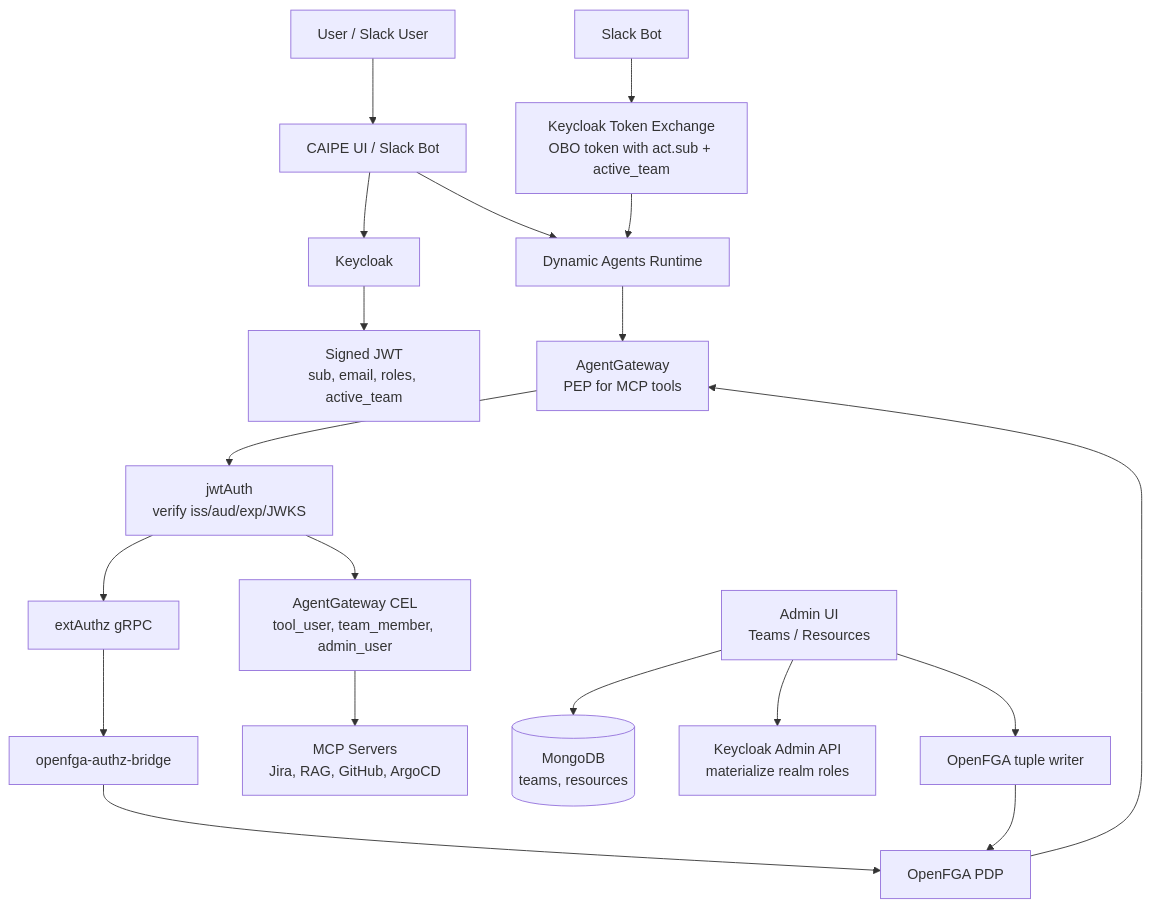
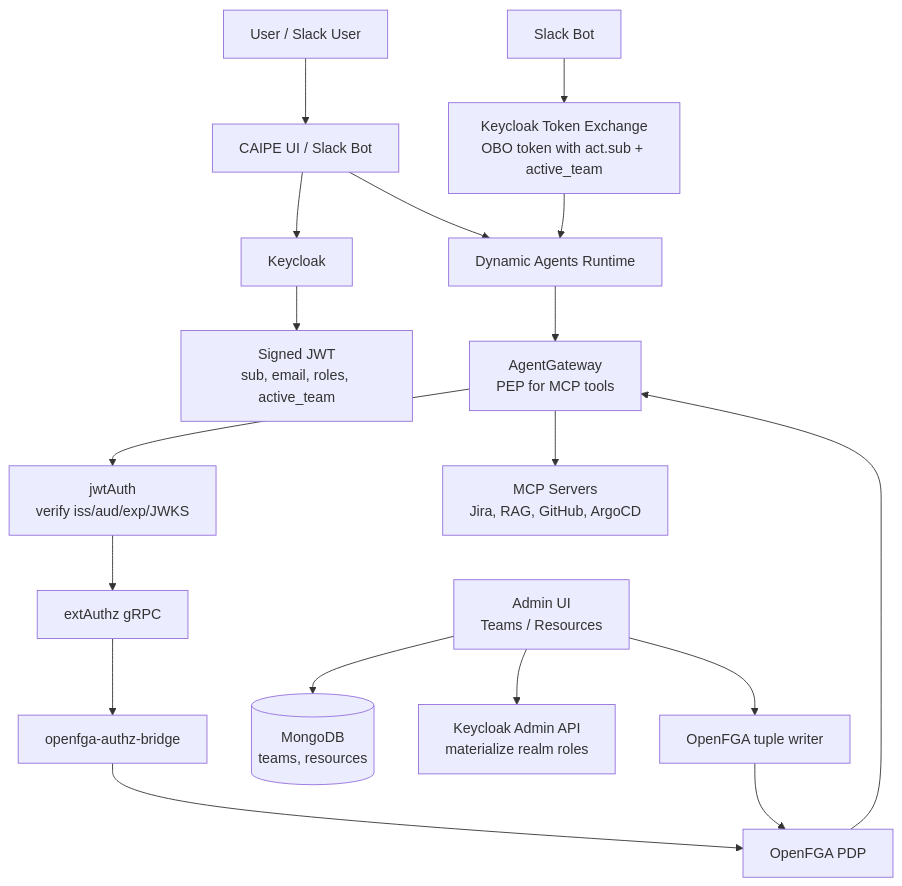
One commit to cnoe-io/ai-platform-engineering changed the first of 4 diagrams in docs/docs/security/rbac/comprehensive-rbac-refactor.md. Above: the diagram before and after it, drawn with Mermaid. The commit also changed other lines of this file and 8 other files, not shown here.

````diff
--- a/docs/docs/security/rbac/comprehensive-rbac-refactor.md
+++ b/docs/docs/security/rbac/comprehensive-rbac-refactor.md
@@ -26,27 +28,26 @@
 ```mermaid
 flowchart TD
   User[User / Slack User] --> UI[CAIPE UI / Slack Bot]
 
   UI --> KC[Keycloak]
   KC --> JWT[Signed JWT<br/>sub, email, roles, active_team]
 
   UI --> DA[Dynamic Agents Runtime]
   Slack[Slack Bot] --> OBO[Keycloak Token Exchange<br/>OBO token with act.sub + active_team]
   OBO --> DA
 
   DA --> AGW[AgentGateway<br/>PEP for MCP tools]
 
   AGW --> JWTAuth[jwtAuth<br/>verify iss/aud/exp/JWKS]
   JWTAuth --> ExtAuthz[extAuthz gRPC]
   ExtAuthz --> Bridge[openfga-authz-bridge]
   Bridge --> FGA[OpenFGA PDP]
 
-  JWTAuth --> CEL[AgentGateway CEL<br/>tool_user, team_member, admin_user]
   FGA --> AGW
-  CEL --> MCP[MCP Servers<br/>Jira, RAG, GitHub, ArgoCD]
+  AGW --> MCP[MCP Servers<br/>Jira, RAG, GitHub, ArgoCD]
 
   Admin[Admin UI<br/>Teams / Resources] --> Mongo[(MongoDB<br/>teams, resources)]
   Admin --> KCRoles[Keycloak Admin API<br/>materialize realm roles]
   Admin --> FGATuples[OpenFGA tuple writer]
   FGATuples --> FGA
 ```
````
